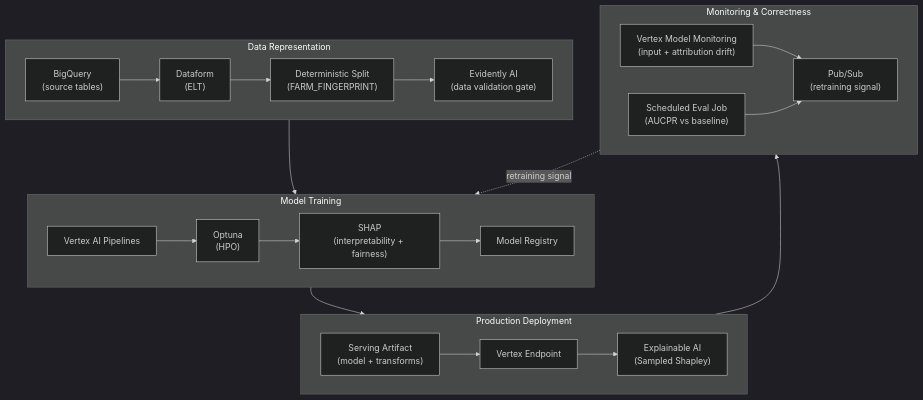
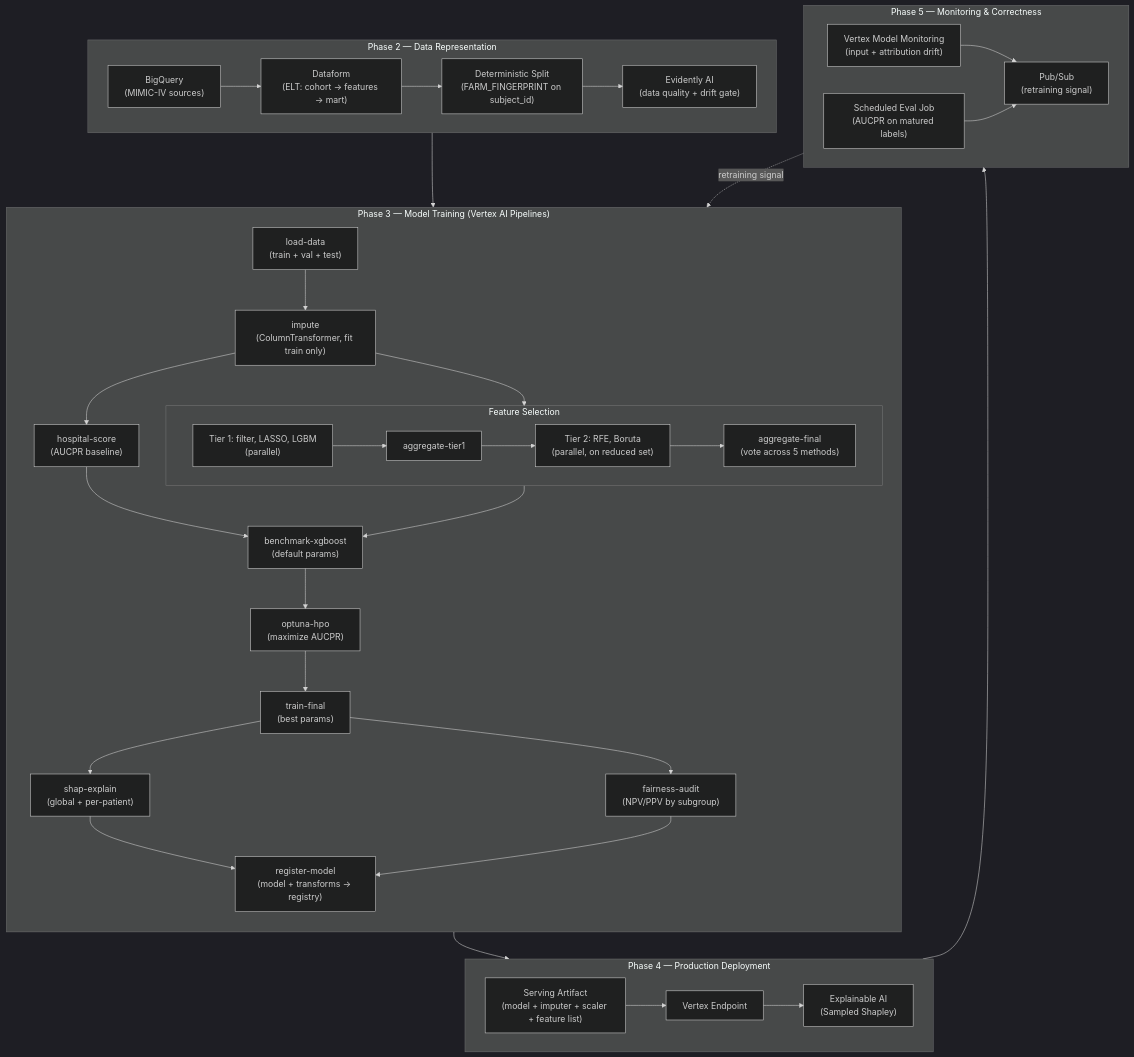
One commit to DanHerman212/enterprise_clinical_copilot changed the diagram in projects/mlops/docs/architecture.md. Above: the diagram before and after it, drawn with Mermaid (dark theme). The commit also changed other lines of this file and 4 other files, not shown here.

Commit message:
updated data validation components and architecture diagram

````diff
--- a/projects/mlops/docs/architecture.md
+++ b/projects/mlops/docs/architecture.md
@@ -7,42 +7,66 @@
 ```mermaid
 flowchart TB
-    subgraph P2["Data Representation"]
+    subgraph P2["Phase 2 — Data Representation"]
         direction LR
-        BQ["BigQuery<br/>(source tables)"]
-        DF["Dataform<br/>(ELT)"]
-        SPLIT["Deterministic Split<br/>(FARM_FINGERPRINT)"]
-        EV["Evidently AI<br/>(data validation gate)"]
+        BQ["BigQuery<br/>(MIMIC-IV sources)"]
+        DF["Dataform<br/>(ELT: cohort → features → mart)"]
+        SPLIT["Deterministic Split<br/>(FARM_FINGERPRINT on subject_id)"]
+        EV["Evidently AI<br/>(data quality + drift gate)"]
         BQ --> DF --> SPLIT --> EV
     end
 
-    subgraph P3["Model Training"]
-        direction LR
-        PIPE["Vertex AI Pipelines"]
-        HPO["Optuna<br/>(HPO)"]
-        SHAP["SHAP<br/>(interpretability + fairness)"]
-        REG["Model Registry"]
-        PIPE --> HPO --> SHAP --> REG
+    subgraph P3["Phase 3 — Model Training (Vertex AI Pipelines)"]
+        direction TB
+        LOAD["load-data<br/>(train + val + test)"]
+        IMPUTE["impute<br/>(ColumnTransformer, fit train only)"]
+
+        subgraph FS["Feature Selection"]
+            TIER1["Tier 1: filter, LASSO, LGBM<br/>(parallel)"]
+            AGG1["aggregate-tier1"]
+            TIER2["Tier 2: RFE, Boruta<br/>(parallel, on reduced set)"]
+            AGG2["aggregate-final<br/>(vote across 5 methods)"]
+            TIER1 --> AGG1 --> TIER2 --> AGG2
+        end
+
+        HOSPITAL["hospital-score<br/>(AUCPR baseline)"]
+        BENCH["benchmark-xgboost<br/>(default params)"]
+        HPO["optuna-hpo<br/>(maximize AUCPR)"]
+        TRAIN["train-final<br/>(best params)"]
+        SHAP["shap-explain<br/>(global + per-patient)"]
+        FAIRNESS["fairness-audit<br/>(NPV/PPV by subgroup)"]
+        REG["register-model<br/>(model + transforms → registry)"]
+
+        LOAD --> IMPUTE
+        IMPUTE --> FS
+        IMPUTE --> HOSPITAL
+        FS --> BENCH
+        HOSPITAL --> BENCH
+        BENCH --> HPO --> TRAIN
+        TRAIN --> SHAP
+        TRAIN --> FAIRNESS
+        SHAP --> REG
+        FAIRNESS --> REG
     end
 
-    subgraph P4["Production Deployment"]
+    subgraph P4["Phase 4 — Production Deployment"]
         direction LR
-        ART["Serving Artifact<br/>(model + transforms)"]
+        ART["Serving Artifact<br/>(model + imputer + scaler + feature list)"]
         EP["Vertex Endpoint"]
         XAI["Explainable AI<br/>(Sampled Shapley)"]
         ART --> EP --> XAI
     end
 
-    subgraph P5["Monitoring & Correctness"]
+    subgraph P5["Phase 5 — Monitoring & Correctness"]
         direction LR
         MON["Vertex Model Monitoring<br/>(input + attribution drift)"]
-        EVAL["Scheduled Eval Job<br/>(AUCPR vs baseline)"]
+        EVAL["Scheduled Eval Job<br/>(AUCPR on matured labels)"]
         PS["Pub/Sub<br/>(retraining signal)"]
         MON --> PS
         EVAL --> PS
     end
 
     P2 --> P3
     P3 --> P4
     P4 --> P5
     P5 -.retraining signal.-> P3
 ```
````
